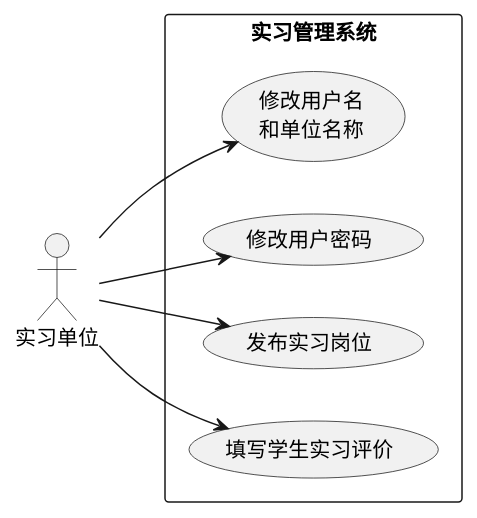
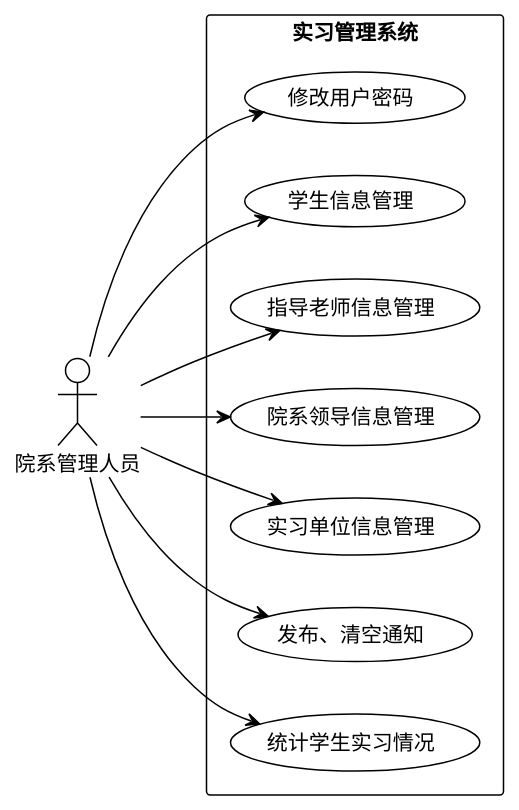
Before and after one commit to cnsam2012/GIMS: the diagram in GPMS_BE/uml_new/3-6院系管理人员.puml, drawn with PlantUML. The commit also changed 10 other files, not shown here.

```diff
--- a/GPMS_BE/uml_new/3-6院系管理人员.puml
+++ b/GPMS_BE/uml_new/3-6院系管理人员.puml
@@ -1,18 +1,26 @@
 @startuml
+!theme plain
 left to right direction
 skinparam packageStyle rectangle
-actor "实习单位" as unit
+actor "院系管理人员" as unit
 
 rectangle "实习管理系统" {
-  usecase "修改用户名\n和单位名称" as UC1
-  usecase "修改用户密码" as UC2
-  usecase "发布实习岗位" as UC3
-  usecase "填写学生实习评价" as UC4
+  usecase "修改用户密码" as UC1
+  usecase "学生信息管理" as UC2
+  usecase "指导老师信息管理" as UC3
+  usecase "院系领导信息管理" as UC4
+  usecase "实习单位信息管理" as UC5
+  usecase "发布、清空通知" as UC6
+  usecase "统计学生实习情况" as UC7
+
 }
 
 unit --> UC1
 unit --> UC2
 unit --> UC3
 unit --> UC4
+unit --> UC5
+unit --> UC6
+unit --> UC7
 
 @enduml
```
